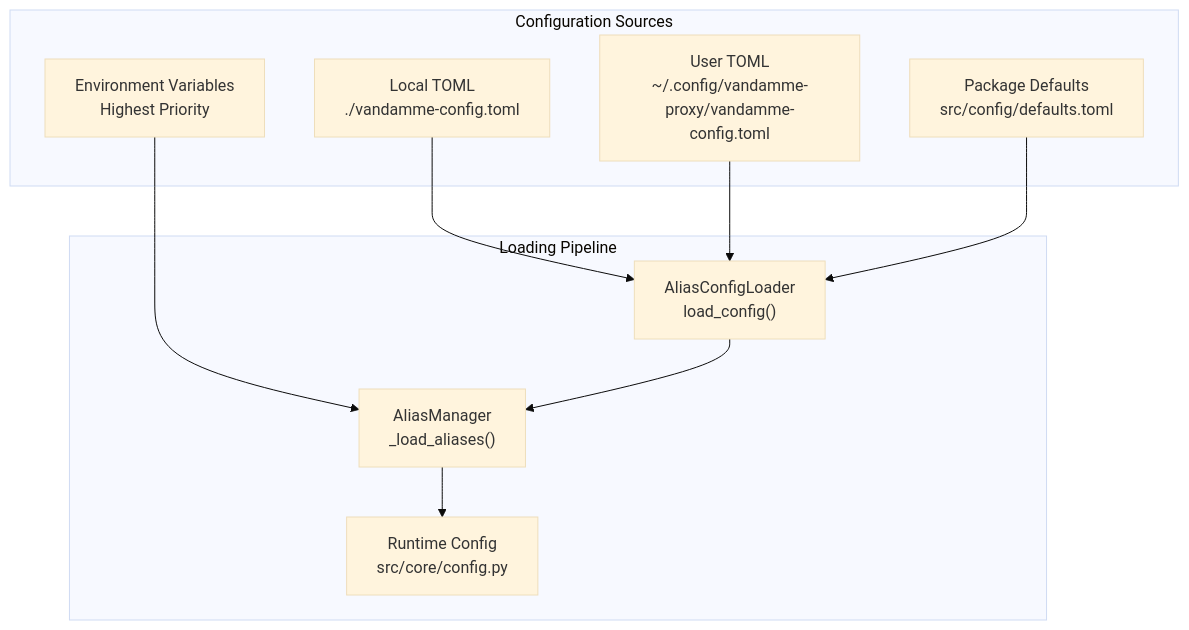
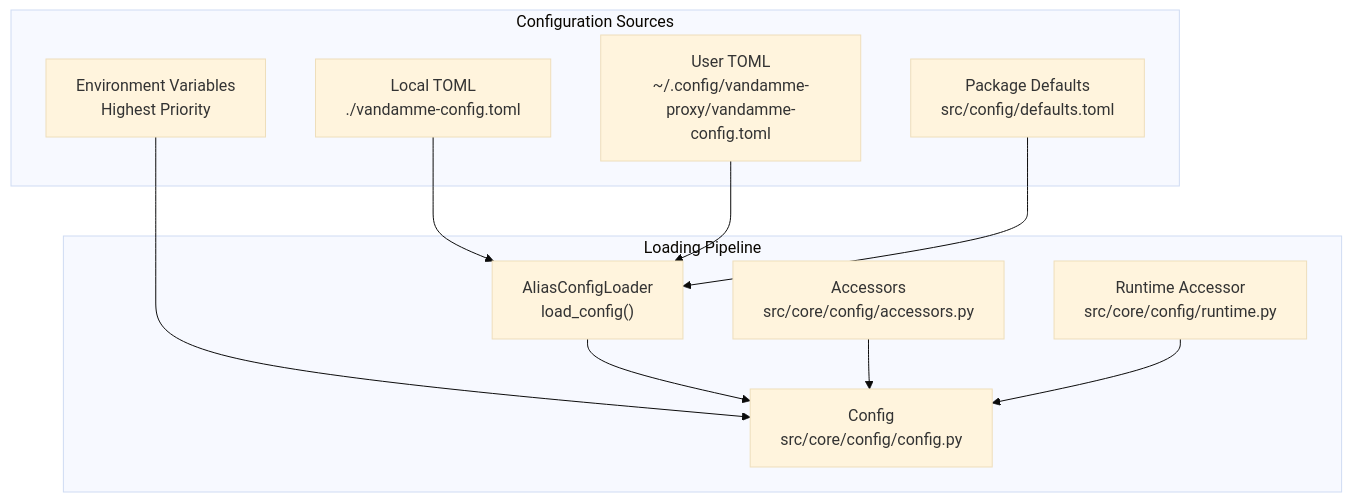
One commit to CedarVerse/vandamme-proxy changed the first of 5 diagrams in .qoder/repowiki/en/content/Configuration/Configuration Hierarchy.md. Above: the diagram before and after it, drawn with Mermaid (base theme). The commit also changed other lines of this file and 9 other files, not shown here.

````diff
--- a/.qoder/repowiki/en/content/Configuration/Configuration Hierarchy.md
+++ b/.qoder/repowiki/en/content/Configuration/Configuration Hierarchy.md
@@ -35,20 +43,22 @@
 ```mermaid
 graph TB
 subgraph "Configuration Sources"
 ENV["Environment Variables<br/>Highest Priority"]
 TOML_LOCAL["Local TOML<br/>./vandamme-config.toml"]
 TOML_USER["User TOML<br/>~/.config/vandamme-proxy/vandamme-config.toml"]
 TOML_PKG["Package Defaults<br/>src/config/defaults.toml"]
 end
 subgraph "Loading Pipeline"
 AC["AliasConfigLoader<br/>load_config()"]
-AM["AliasManager<br/>_load_aliases()"]
-CFG["Runtime Config<br/>src/core/config.py"]
+CFG["Config<br/>src/core/config/config.py"]
+ACC["Accessors<br/>src/core/config/accessors.py"]
+RT["Runtime Accessor<br/>src/core/config/runtime.py"]
 end
-ENV --> AM
+ENV --> CFG
 TOML_LOCAL --> AC
 TOML_USER --> AC
 TOML_PKG --> AC
-AC --> AM
-AM --> CFG
+AC --> CFG
+ACC --> CFG
+RT --> CFG
 ```
````
